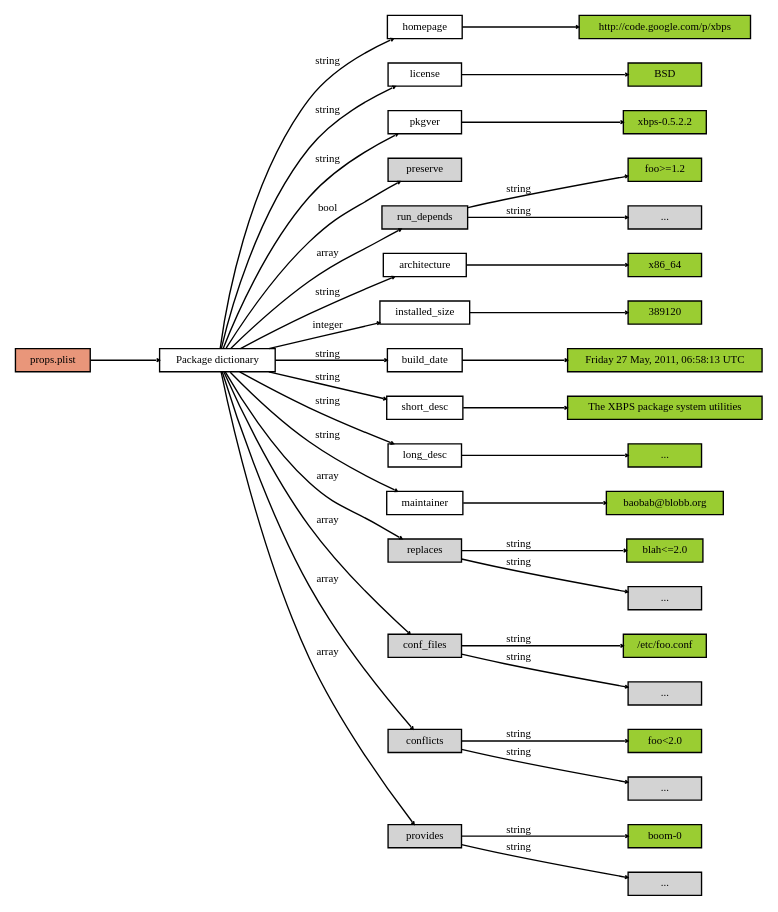
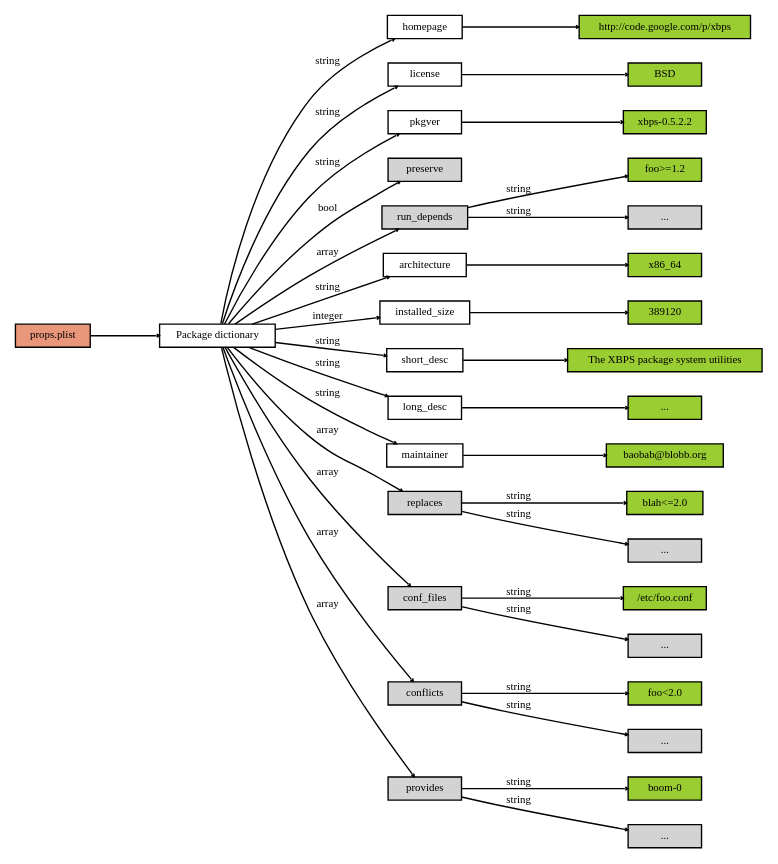
Before and after one commit to void-linux/xbps: the diagram in doc/xbps_pkg_props_dictionary.dot, drawn with Graphviz. The commit also changed 4 other files, not shown here.

Commit message:
xbps-create: do not add a build-date property to packages.

```diff
--- a/doc/xbps_pkg_props_dictionary.dot
+++ b/doc/xbps_pkg_props_dictionary.dot
@@ -1,69 +1,65 @@
 digraph pkg_props_dictionary {
 	graph [rankdir=LR,ranksep="0.7"];
 	edge [arrowhead="vee",arrowsize="0.2",fontname="DejaVuSansCondensed",fontsize="8"];
 	node [height=".1",shape=box,fontname="DejaVuSansCondensed",fontsize="8"];
 	props_plist -> main;
 	props_plist [style=filled,fillcolor="darksalmon",label="props.plist"];
 	main [label="Package dictionary"];
 	main -> homepage [label="string"];
 	homepage -> homepage_value;
 	homepage_value [style=filled,fillcolor="yellowgreen",label="http://code.google.com/p/xbps"];
 	main -> license [label="string"];
 	license -> license_value;
 	license_value [style=filled,fillcolor="yellowgreen",label="BSD"];
 	main -> pkgver [label="string"];
 	pkgver -> pkgver_value;
 	pkgver_value [style=filled,fillcolor="yellowgreen",label="xbps-0.5.2.2"];
 	main -> preserve [style=filled,label="bool"];
 	preserve [style=filled];
 	main -> run_depends [label="array"];
 	run_depends [style=filled];
 	run_depends -> rundep1_string [label="string"];
 	run_depends -> rundep2_string [label="string"];
 	rundep1_string [style=filled,fillcolor="yellowgreen",label="foo>=1.2"];
 	rundep2_string [style=filled,label="..."];
 	main -> architecture [label="string"];
 	architecture -> arch_value;
 	arch_value [style=filled,fillcolor="yellowgreen",label="x86_64"];
 	main -> instsize [label="integer"];
 	instsize -> instsize_value;
 	instsize_value [style=filled,fillcolor="yellowgreen",label="389120"];
 	instsize [label="installed_size"];
-	main -> builddate [label="string"];
-	builddate [label="build_date"];
-	builddate -> builddate_value;
-	builddate_value [style=filled,fillcolor="yellowgreen",label="Friday 27 May, 2011, 06:58:13 UTC"];
 	main -> short_desc [label="string"]
 	short_desc -> shortdesc_val;
 	shortdesc_val [style=filled,fillcolor="yellowgreen",label="The XBPS package system utilities"];
 	main -> long_desc [label="string"];
 	long_desc -> longdesc_val;
 	longdesc_val [style=filled,fillcolor="yellowgreen",label="..."];
 	main -> maintainer [label="string"];
 	maintainer -> maintainer_val;
 	maintainer_val [style=filled,fillcolor="yellowgreen",label="baobab@blobb.org"];
 	main -> replaces [label="array"];
 	replaces [style=filled];
 	replaces -> replace1_string [label="string"];
 	replaces -> replace2_string [label="string"];
 	replace1_string [style=filled,fillcolor="yellowgreen",label="blah<=2.0"];
 	replace2_string [style=filled,label="..."];
 	main -> conf_files [label="array"];
 	conf_files [style=filled];
 	conf_files -> cffile1 [style=filled,label="string"];
 	conf_files -> cffile2 [style=filled,label="string"];
 	cffile1 [style=filled,fillcolor="yellowgreen",label="/etc/foo.conf"];
 	cffile2 [style=filled,label="..."];
 	main -> conflicts [label="array"];
 	conflicts [style=filled];
 	conflicts -> conflict1 [style=filled,label="string"];
 	conflicts -> conflict2 [style=filled,label="string"];
 	conflict1 [style=filled,fillcolor="yellowgreen",label="foo<2.0"];
 	conflict2 [style=filled,label="..."];
 	main -> provides [label="array"];
 	provides [style=filled];
 	provides -> provides1 [style=filled,label="string"];
 	provides -> provides2 [style=filled,label="string"];
 	provides1 [style=filled,fillcolor="yellowgreen",label="boom-0"];
 	provides2 [style=filled,label="..."];
 }
```
